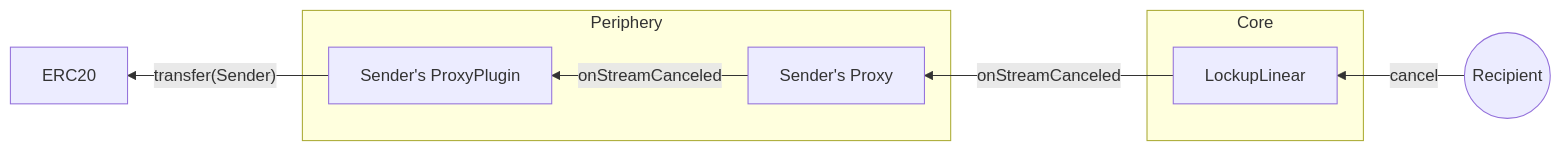
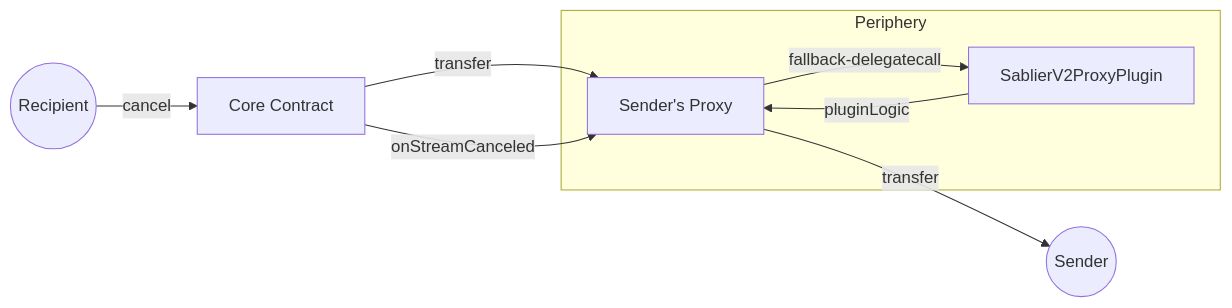
One commit to sablier-labs/docs changed the eighth of 8 diagrams in docs/contracts/v2/reference/02-diagrams.md. Above: the diagram before and after it, drawn with Mermaid. The commit also changed other lines of this file, not shown here.

Commit message:
perf: improve illustrations of lockup action diagrams

````diff
--- a/docs/contracts/v2/reference/02-diagrams.md
+++ b/docs/contracts/v2/reference/02-diagrams.md
@@ -183,16 +179,17 @@
 ```mermaid
-flowchart RL
+flowchart LR
   subgraph Periphery
     P[Sender's Proxy]
-    PP[Sender's ProxyPlugin]
+    PP[SablierV2ProxyPlugin]
   end
-  subgraph Core
-    LL[LockupLinear]
-  end
+  CC[Core Contract]
+
   R((Recipient))
-  E[ERC20]
-  R -- "cancel" --> LL
-  LL -- "onStreamCanceled" --> P
-  P -- "onStreamCanceled" --> PP
-  PP -- "transfer(Sender)" --> E
+  S((Sender))
+  R -- "cancel" --> CC
+  CC -- "transfer" --> P
+  CC -- "onStreamCanceled" --> P
+  P -- "fallback-delegatecall" --> PP
+  PP -- "pluginLogic" --> P
+  P -- "transfer" --> S
 ```
````
